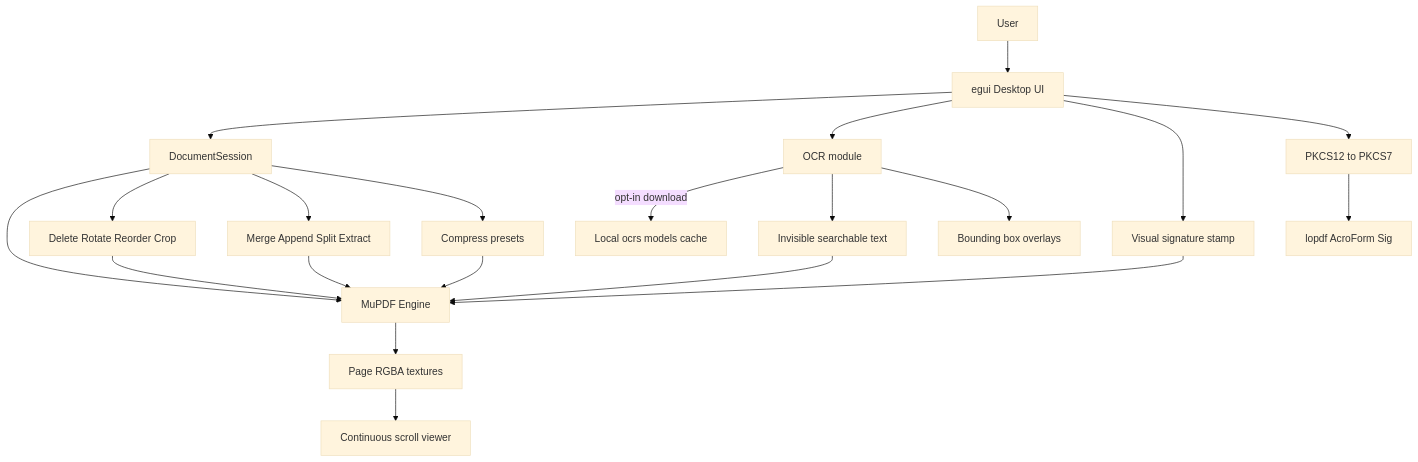
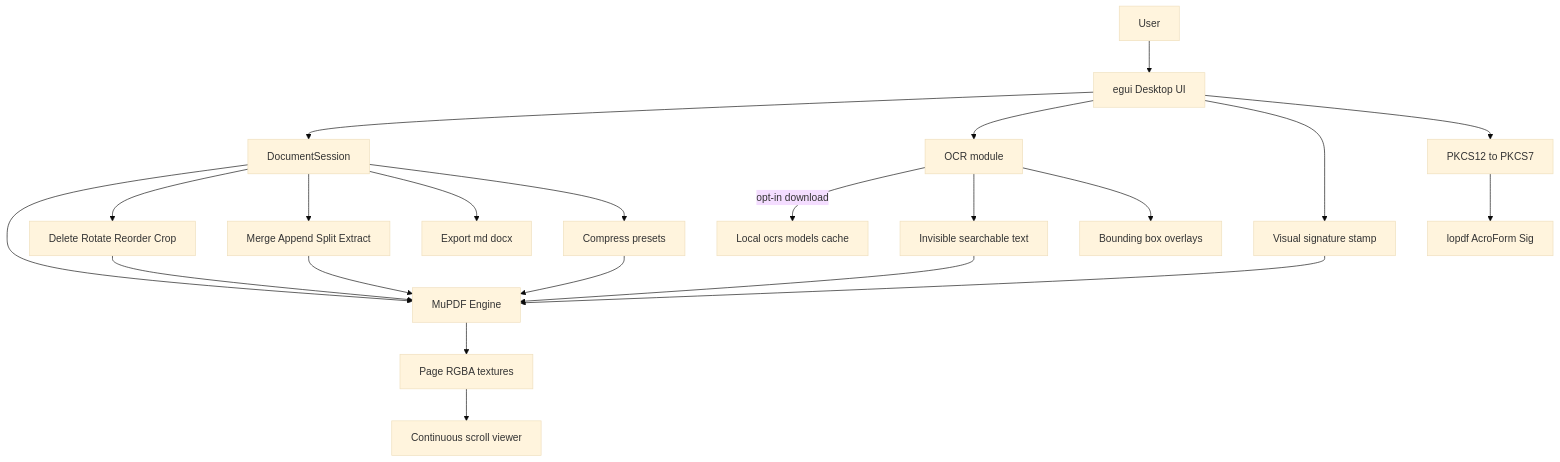
One commit to adycerr3192/small-rust-pdf-opener changed the first of 3 diagrams in README.md. Above: the diagram before and after it, drawn with Mermaid (base theme). The commit also changed other lines of this file and 8 other files, not shown here.

````diff
--- a/README.md
+++ b/README.md
@@ -30,23 +30,24 @@
 ```mermaid
 flowchart TB
   User[User] --> UI[egui Desktop UI]
   UI --> Session[DocumentSession]
   Session --> MuPDF[MuPDF Engine]
   MuPDF --> Render[Page RGBA textures]
   Render --> Scroll[Continuous scroll viewer]
   Session --> Edit[Delete Rotate Reorder Crop]
   Session --> MergeSplit[Merge Append Split Extract]
+  Session --> Export[Export md docx]
   Session --> Compress[Compress presets]
   UI --> OCR[OCR module]
   OCR -->|opt-in download| Models[Local ocrs models cache]
   OCR --> TextLayer[Invisible searchable text]
   OCR --> Overlay[Bounding box overlays]
   UI --> VisualSign[Visual signature stamp]
   UI --> CertSign[PKCS12 to PKCS7]
   CertSign --> Lopdf[lopdf AcroForm Sig]
   Edit --> MuPDF
   MergeSplit --> MuPDF
   Compress --> MuPDF
   TextLayer --> MuPDF
   VisualSign --> MuPDF
 ```
````
